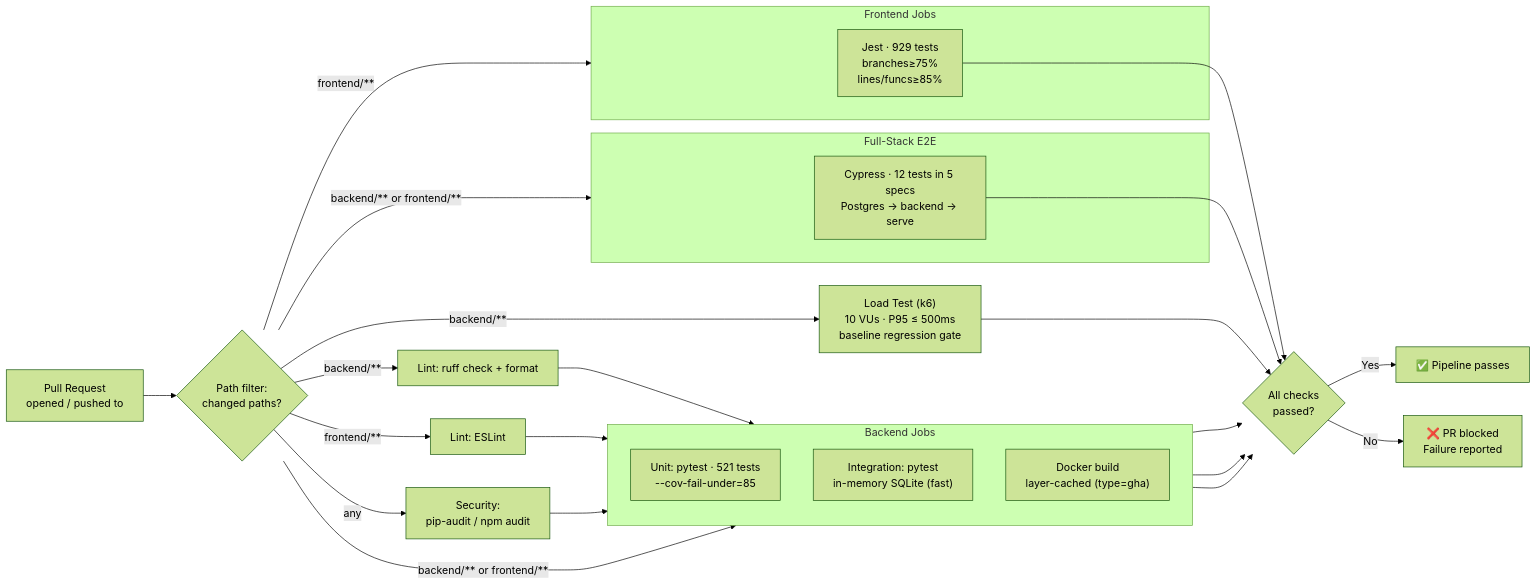
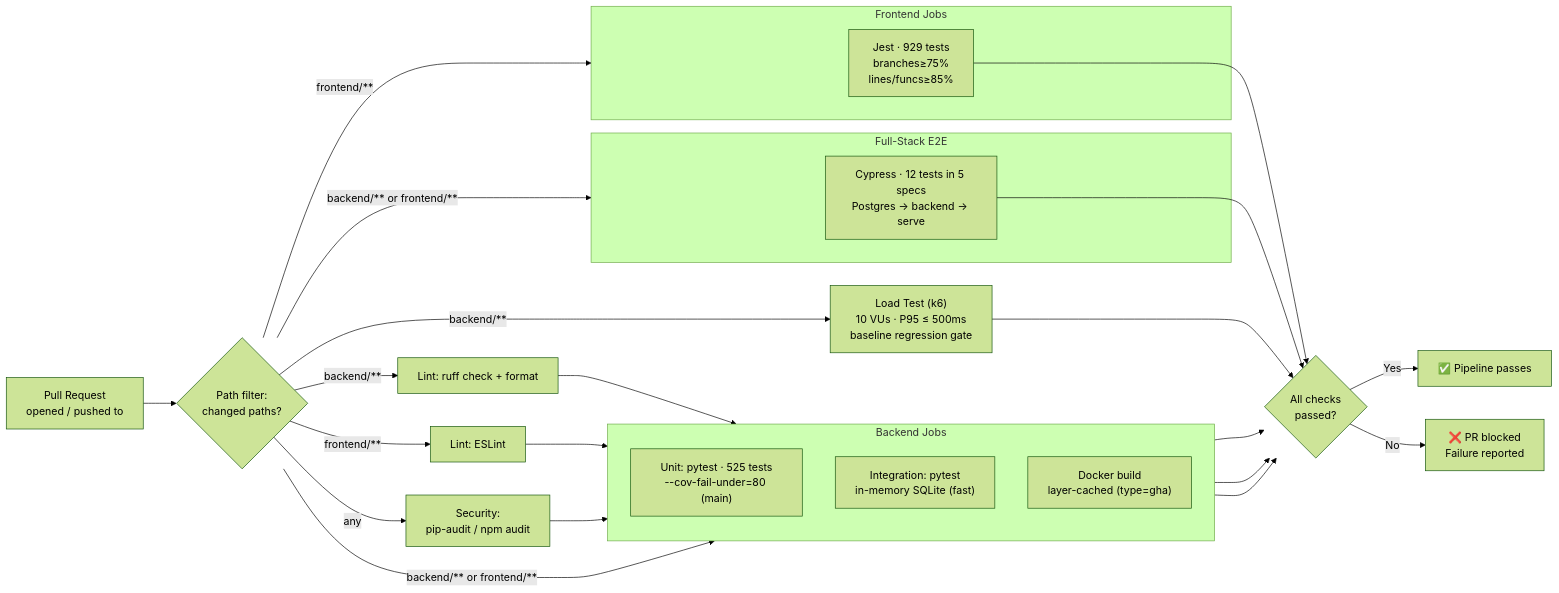
One commit to AhmedIkram05/devsync changed the fourth of 5 diagrams in docs/deep-dives.md. Above: the diagram before and after it, drawn with Mermaid (forest theme). The commit also changed other lines of this file and 2 other files, not shown here.

````diff
--- a/docs/deep-dives.md
+++ b/docs/deep-dives.md
@@ -177,37 +179,37 @@
 ```mermaid
 flowchart LR
     PR["Pull Request\nopened / pushed to"] --> Changes{"Path filter:\nchanged paths?"}
     
     Changes -->|"backend/**"| LintBE["Lint: ruff check + format"]
     Changes -->|"frontend/**"| LintFE["Lint: ESLint"]
     Changes -->|"any"| Security["Security:\npip-audit / npm audit"]
 
     LintBE & LintFE & Security --> BackendJobs
     
     subgraph BackendJobs["Backend Jobs"]
         direction TB
-        BT["Unit: pytest · 521 tests\n--cov-fail-under=85"]
+        BT["Unit: pytest · 525 tests\n--cov-fail-under=80 (main)"]
         IT["Integration: pytest\nin-memory SQLite (fast)"]
         DockerBuild["Docker build\nlayer-cached (type=gha)"]
     end
 
     subgraph FrontendJobs["Frontend Jobs"]
         FT["Jest · 929 tests\nbranches≥75%\nlines/funcs≥85%"]
     end
 
     subgraph E2E["Full-Stack E2E"]
         Cypress["Cypress · 12 tests in 5 specs\nPostgres → backend → serve"]
     end
 
     Load["Load Test (k6)\n10 VUs · P95 ≤ 500ms\nbaseline regression gate"]
 
     Changes -->|"backend/** or frontend/**"| BackendJobs
     Changes -->|"frontend/**"| FrontendJobs
     Changes -->|"backend/** or frontend/**"| E2E
     Changes -->|"backend/**"| Load
 
     BT & IT & DockerBuild & FT & Cypress & Load --> Gate{"All checks\npassed?"}
     
     Gate -->|"Yes"| Pipeline["✅ Pipeline passes"]
     Gate -->|"No"| Abort["❌ PR blocked\nFailure reported"]
 ```
````
